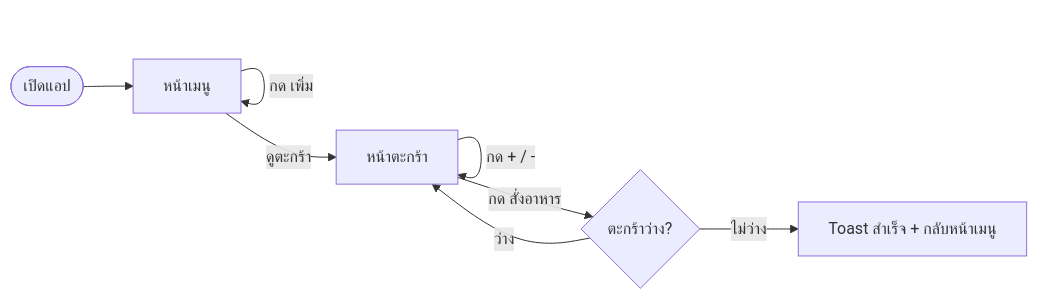
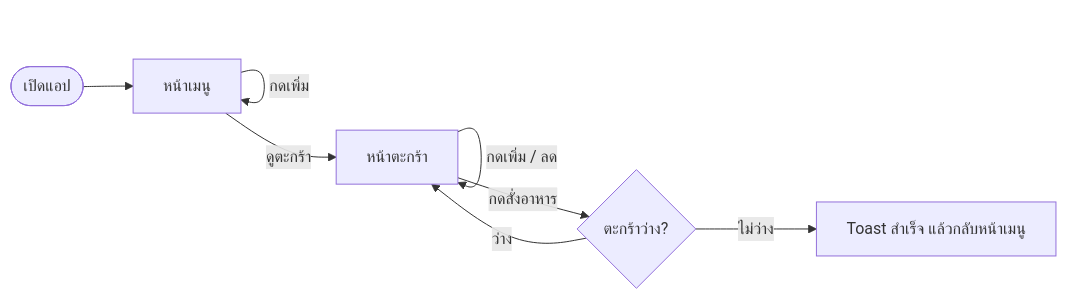
Before and after one commit to Itthipon-LBS/AndroidByKiro: the second of 7 diagrams in docs/presentation.md, drawn with Mermaid. The commit also changed other lines of this file and 2 other files, not shown here.

Commit message:
Fix Mermaid syntax errors in presentation diagrams
- Quote edge/decision labels containing special chars

- Rework sequence diagram to avoid arrows/parentheses in text

````diff
--- a/docs/presentation.md
+++ b/docs/presentation.md
@@ -62,10 +62,10 @@
 ```mermaid
 flowchart LR
     S([เปิดแอป]) --> M[หน้าเมนู]
-    M -->|กด เพิ่ม| M
-    M -->|ดูตะกร้า| C[หน้าตะกร้า]
-    C -->|กด + / -| C
-    C -->|กด สั่งอาหาร| O{ตะกร้าว่าง?}
-    O -->|ไม่ว่าง| T[Toast สำเร็จ + กลับหน้าเมนู]
-    O -->|ว่าง| C
+    M -->|"กดเพิ่ม"| M
+    M -->|"ดูตะกร้า"| C[หน้าตะกร้า]
+    C -->|"กดเพิ่ม / ลด"| C
+    C -->|"กดสั่งอาหาร"| O{"ตะกร้าว่าง?"}
+    O -->|"ไม่ว่าง"| T["Toast สำเร็จ แล้วกลับหน้าเมนู"]
+    O -->|"ว่าง"| C
 ```
````
